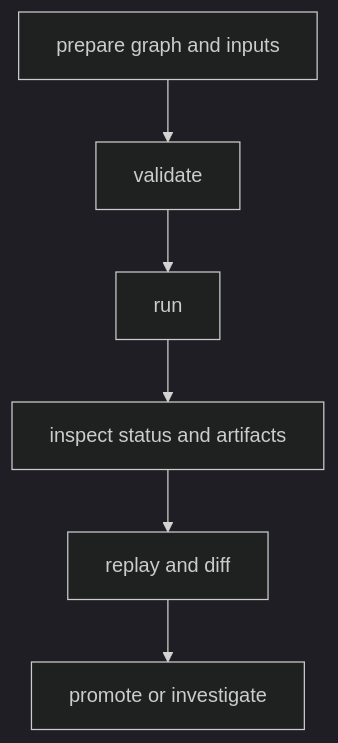
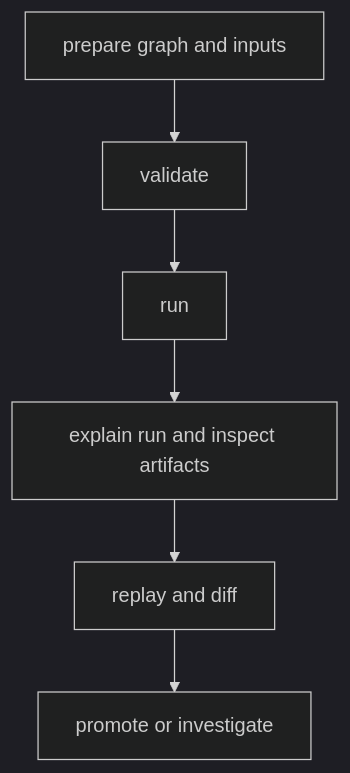
The diagram in docs/bijux-dag/operations/common-workflows.md (bijux/bijux-cli), drawn with Mermaid (dark theme) before and after one commit. The commit also changed other lines of this file and 6 other files, not shown here.

````diff
--- a/docs/bijux-dag/operations/common-workflows.md
+++ b/docs/bijux-dag/operations/common-workflows.md
@@ -19,8 +19,8 @@
 ```mermaid
 flowchart TD
     define["prepare graph and inputs"] --> validate["validate"]
     validate --> execute["run"]
-    execute --> inspect["inspect status and artifacts"]
+    execute --> inspect["explain run and inspect artifacts"]
     inspect --> compare["replay and diff"]
     compare --> decide["promote or investigate"]
 ```
````
